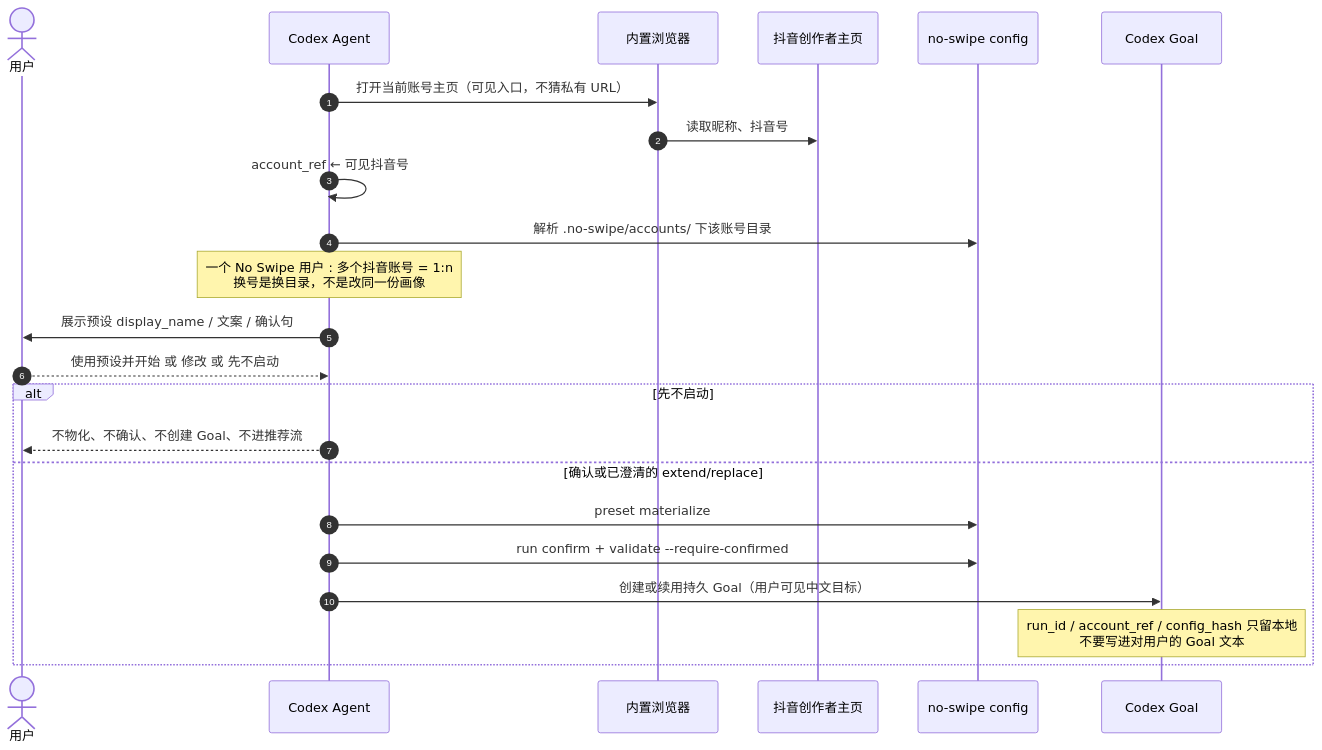
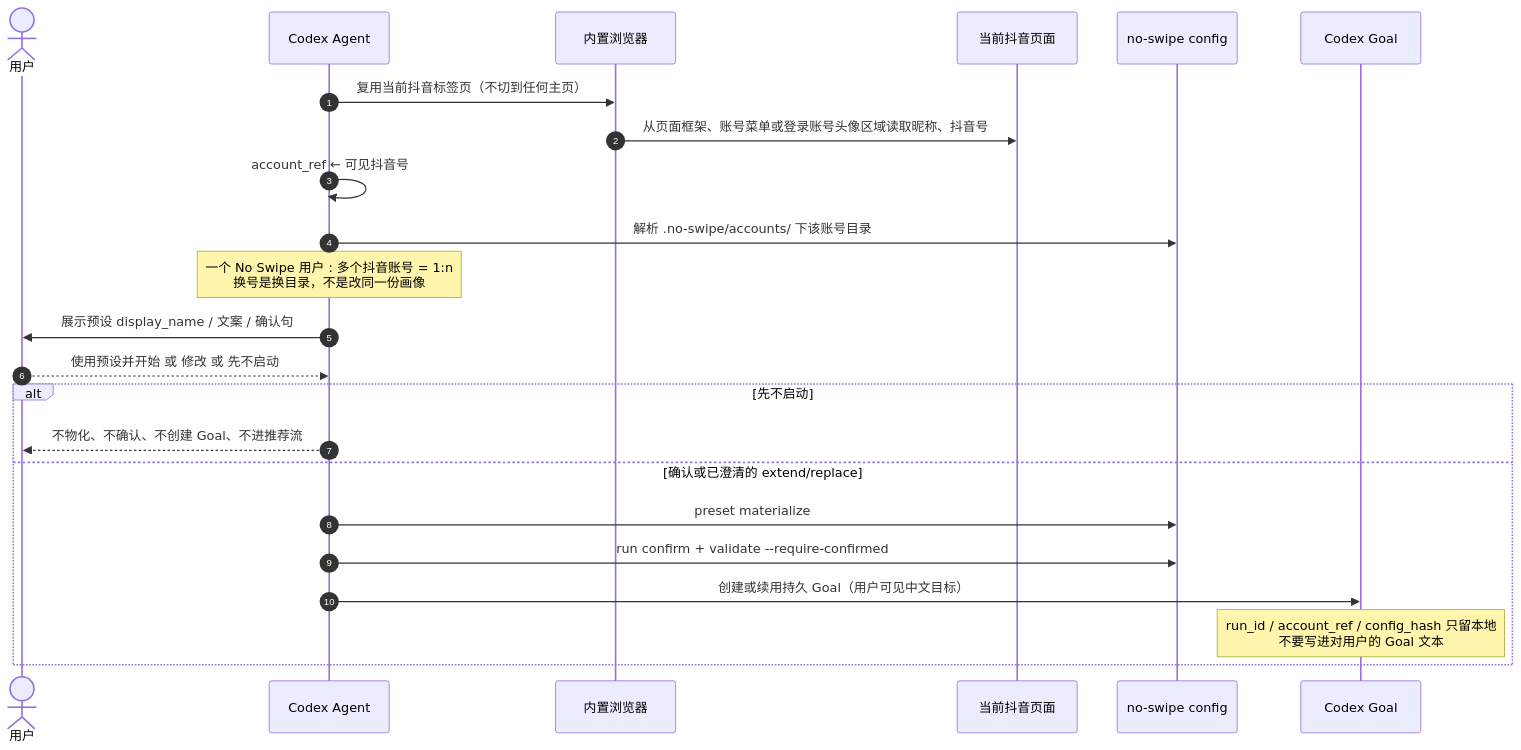
Before and after one commit to OfWind/no_swipe: the ninth of 18 diagrams in docs/no-swipe-interaction-flows.md, drawn with Mermaid. The commit also changed other lines of this file and 28 other files, not shown here.

````diff
--- a/docs/no-swipe-interaction-flows.md
+++ b/docs/no-swipe-interaction-flows.md
@@ -335,28 +335,28 @@
 ```mermaid
 sequenceDiagram
   autonumber
   actor User as 用户
   participant Agent as Codex Agent
   participant Br as 内置浏览器
-  participant DY as 抖音创作者主页
+  participant DY as 当前抖音页面
   participant CLI as no-swipe config
   participant Goal as Codex Goal
 
-  Agent->>Br: 打开当前账号主页（可见入口，不猜私有 URL）
-  Br->>DY: 读取昵称、抖音号
+  Agent->>Br: 复用当前抖音标签页（不切到任何主页）
+  Br->>DY: 从页面框架、账号菜单或登录账号头像区域读取昵称、抖音号
   Agent->>Agent: account_ref ← 可见抖音号
   Agent->>CLI: 解析 .no-swipe/accounts/ 下该账号目录
   Note over Agent: 一个 No Swipe 用户 : 多个抖音账号 = 1:n<br/>换号是换目录，不是改同一份画像
 
   Agent->>User: 展示预设 display_name / 文案 / 确认句
   User-->>Agent: 使用预设并开始 或 修改 或 先不启动
 
   alt 先不启动
     Agent-->>User: 不物化、不确认、不创建 Goal、不进推荐流
   else 确认或已澄清的 extend/replace
     Agent->>CLI: preset materialize
     Agent->>CLI: run confirm + validate --require-confirmed
     Agent->>Goal: 创建或续用持久 Goal（用户可见中文目标）
     Note over Goal: run_id / account_ref / config_hash 只留本地<br/>不要写进对用户的 Goal 文本
   end
 ```
````
